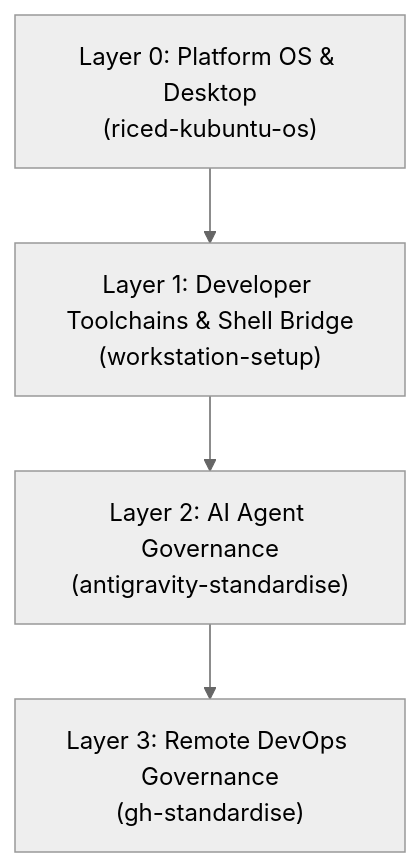
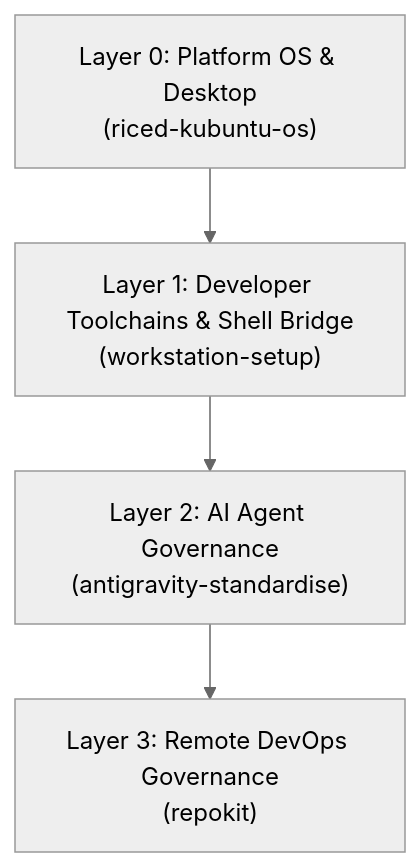
One commit to Cooper-Wallace/workstation-setup changed the diagram in README.md. Above: the diagram before and after it, drawn with Mermaid (neutral theme). The commit also changed other lines of this file and 6 other files, not shown here.

````diff
--- a/README.md
+++ b/README.md
@@ -26,11 +26,11 @@
 ```mermaid
 flowchart TD
     L0["Layer 0: Platform OS & Desktop<br/>(riced-kubuntu-os)"]
     L1["Layer 1: Developer Toolchains & Shell Bridge<br/>(workstation-setup)"]
     L2["Layer 2: AI Agent Governance<br/>(antigravity-standardise)"]
-    L3["Layer 3: Remote DevOps Governance<br/>(gh-standardise)"]
+    L3["Layer 3: Remote DevOps Governance<br/>(repokit)"]
 
     L0 --> L1
     L1 --> L2
     L2 --> L3
 ```
````
